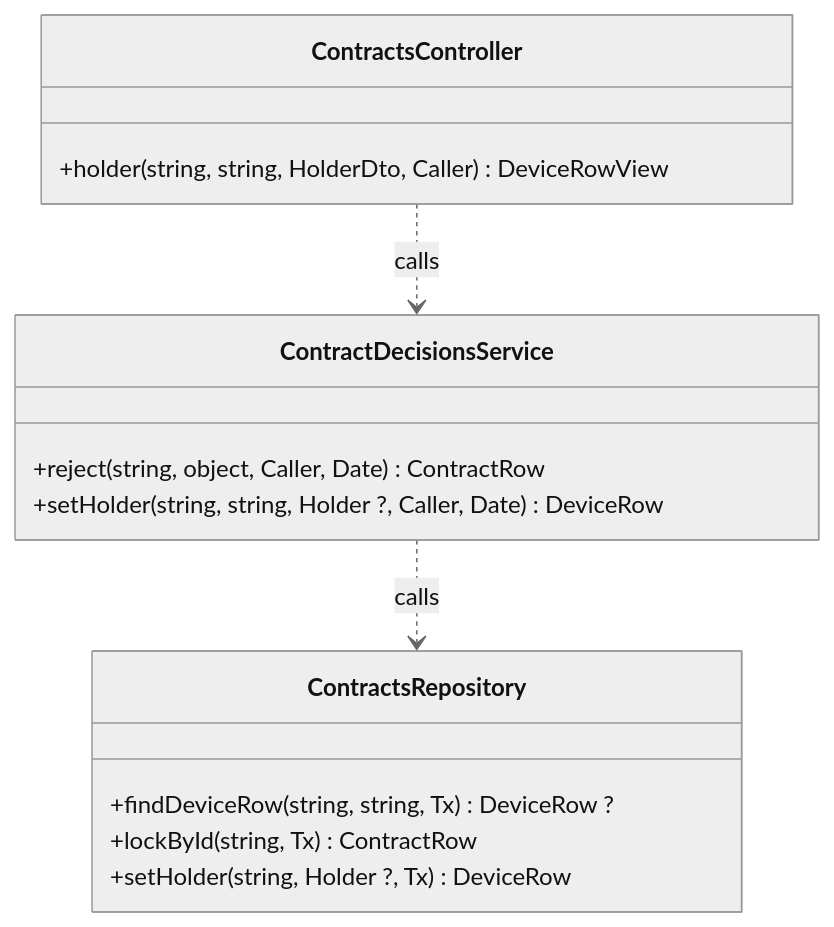
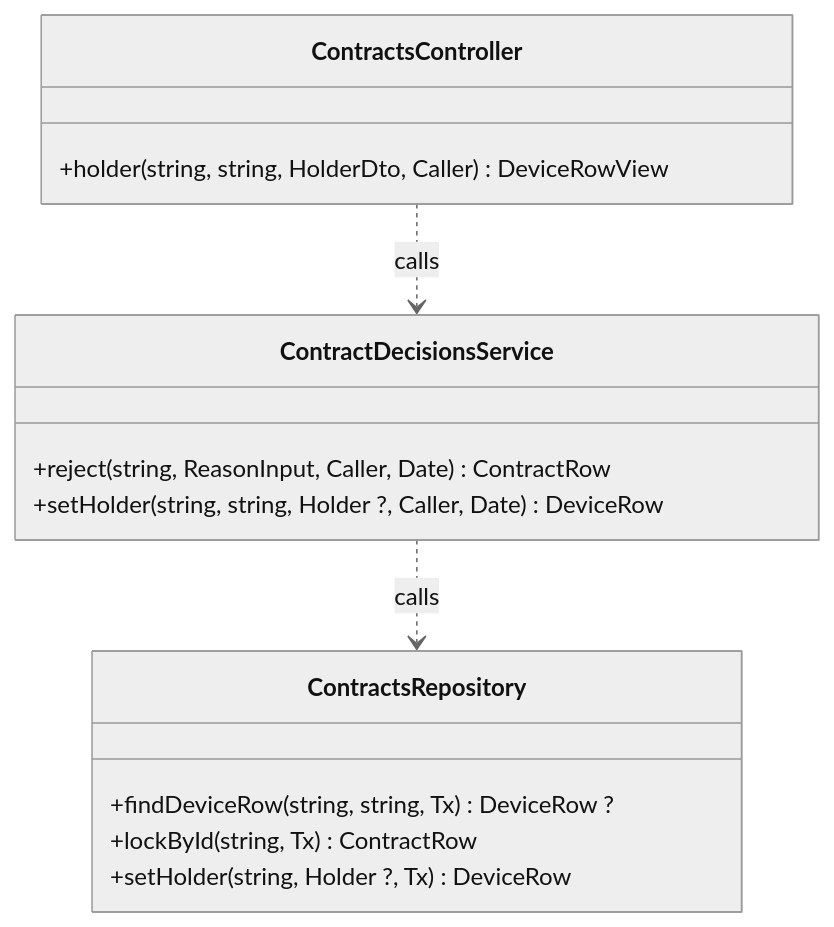
The tenth of 29 diagrams in specs/rentals/design.md (TrekLink-Team/treklink-web), drawn with Mermaid (neutral theme) before and after one commit. The commit also changed other lines of this file and 2 other files, not shown here.

````diff
--- a/specs/rentals/design.md
+++ b/specs/rentals/design.md
@@ -396,18 +396,18 @@
 ```mermaid
 classDiagram
     direction TB
     class ContractsController {
         +holder(string, string, HolderDto, Caller) DeviceRowView
     }
     class ContractDecisionsService {
-        +reject(string, object, Caller, Date) ContractRow
+        +reject(string, ReasonInput, Caller, Date) ContractRow
         +setHolder(string, string, Holder ?, Caller, Date) DeviceRow
     }
     class ContractsRepository {
         +findDeviceRow(string, string, Tx) DeviceRow ?
         +lockById(string, Tx) ContractRow
         +setHolder(string, Holder ?, Tx) DeviceRow
     }
     ContractDecisionsService ..> ContractsRepository : calls
     ContractsController ..> ContractDecisionsService : calls
 ```
````
